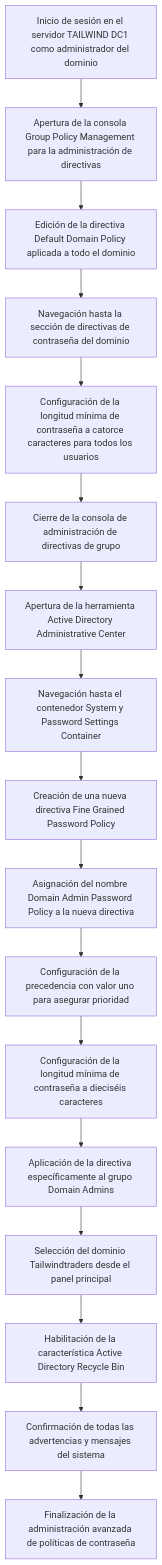
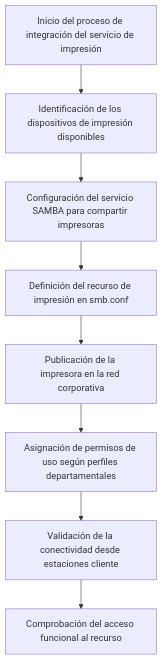
The fourth of 8 diagrams in Proyecto guiado (Lidia Navarro).md (lidnavlop/SMR2-SOR-HOTEL_VALENCLOUD), drawn with Mermaid before and after one commit. The commit also changed other lines of this file, not shown here.

First line of the commit message:
PROYECTO SAMBA

````diff
--- a/Proyecto guiado (Lidia Navarro).md
+++ b/Proyecto guiado (Lidia Navarro).md
@@ -80,22 +69,12 @@
 ```mermaid
 flowchart TD
-    A[Inicio de sesión en el servidor TAILWIND DC1 como administrador del dominio] --> B[Apertura de la consola Group Policy Management para la administración de directivas]
-    B --> C[Edición de la directiva Default Domain Policy aplicada a todo el dominio]
-    C --> D[Navegación hasta la sección de directivas de contraseña del dominio]
-    D --> E[Configuración de la longitud mínima de contraseña a catorce caracteres para todos los usuarios]
-    E --> F[Cierre de la consola de administración de directivas de grupo]
+    A[Inicio del proceso de integración del servicio de impresión] --> B[Identificación de los dispositivos de impresión disponibles]
+    B --> C[Configuración del servicio SAMBA para compartir impresoras]
+    C --> D[Definición del recurso de impresión en smb.conf]
 
-    F --> G[Apertura de la herramienta Active Directory Administrative Center]
-    G --> H[Navegación hasta el contenedor System y Password Settings Container]
-    H --> I[Creación de una nueva directiva Fine Grained Password Policy]
-    I --> J[Asignación del nombre Domain Admin Password Policy a la nueva directiva]
-    J --> K[Configuración de la precedencia con valor uno para asegurar prioridad]
-    K --> L[Configuración de la longitud mínima de contraseña a dieciséis caracteres]
-    L --> M[Aplicación de la directiva específicamente al grupo Domain Admins]
+    D --> E[Publicación de la impresora en la red corporativa]
+    E --> F[Asignación de permisos de uso según perfiles departamentales]
 
-    M --> N[Selección del dominio Tailwindtraders desde el panel principal]
-    N --> O[Habilitación de la característica Active Directory Recycle Bin]
-    O --> P[Confirmación de todas las advertencias y mensajes del sistema]
-    P --> Q[Finalización de la administración avanzada de políticas de contraseña]
-
+    F --> G[Validación de la conectividad desde estaciones cliente]
+    G --> H[Comprobación del acceso funcional al recurso]
 ```
````
